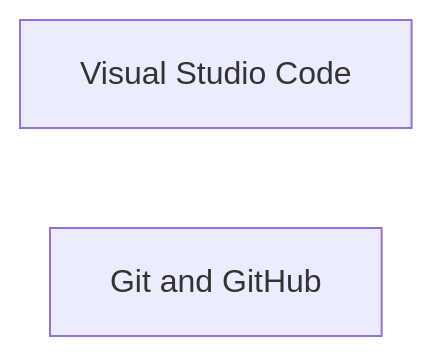
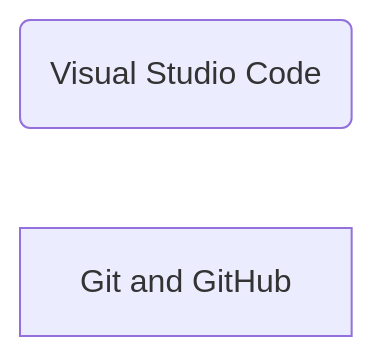
Before and after one commit to phdonner/phdonner: the first of 2 diagrams in README.md, drawn with Mermaid.

````diff
--- a/README.md
+++ b/README.md
@@ -15,5 +15,6 @@
 ```mermaid
 flowchart LR
-    id1[Visual Studio Code]
+    id1(Visual Studio Code)
     id2[Git and GitHub]
+    
 ```
````
